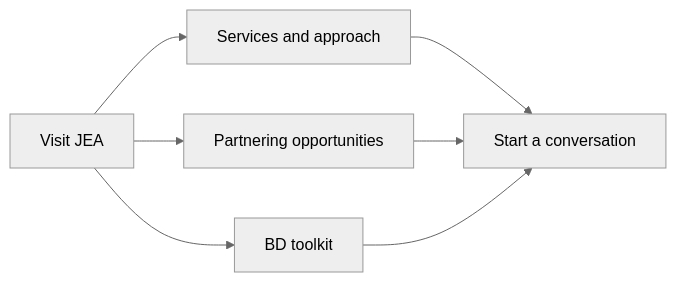
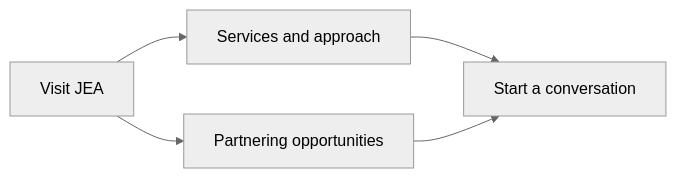
Before and after one commit to smeltery/jeabizdev.com: the diagram in docs/README.md, drawn with Mermaid (neutral theme). The commit also changed other lines of this file and 37 other files, not shown here.

````diff
--- a/docs/README.md
+++ b/docs/README.md
@@ -13,9 +12,7 @@
 ```mermaid
 flowchart LR
   Start[Visit JEA] --> Explore[Services and approach]
   Start --> Assets[Partnering opportunities]
-  Start --> Tools[BD toolkit]
   Explore --> Contact[Start a conversation]
   Assets --> Contact
-  Tools --> Contact
 ```
````
